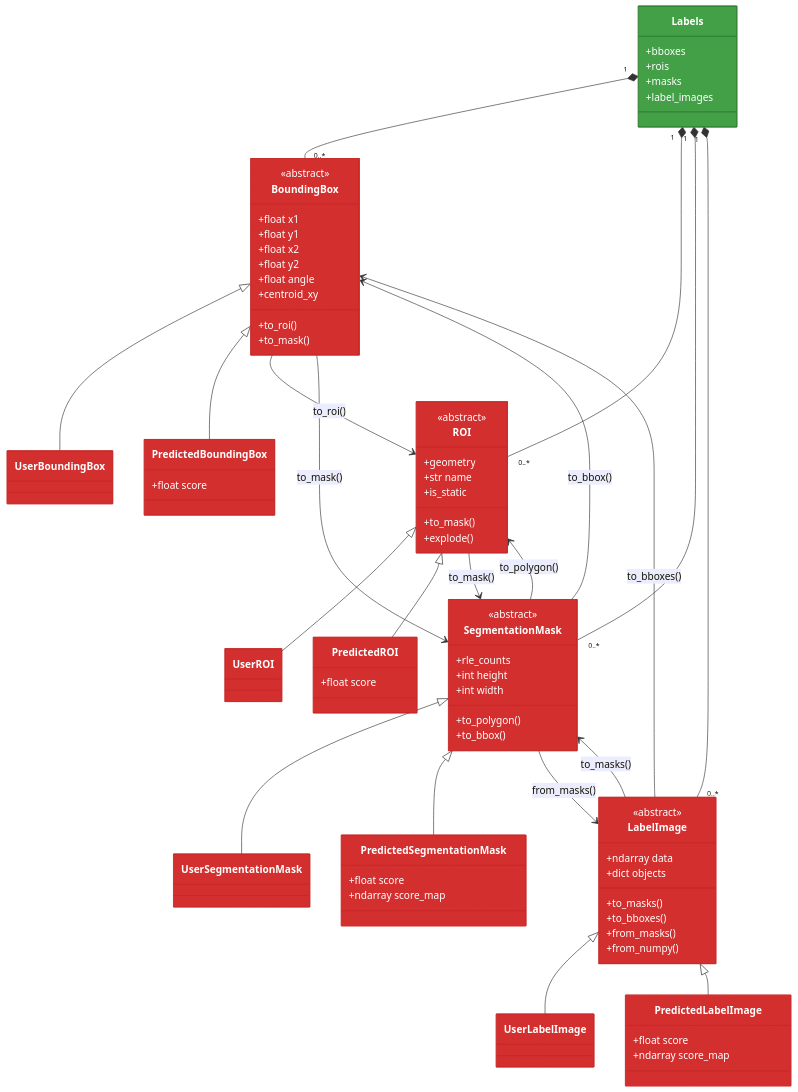
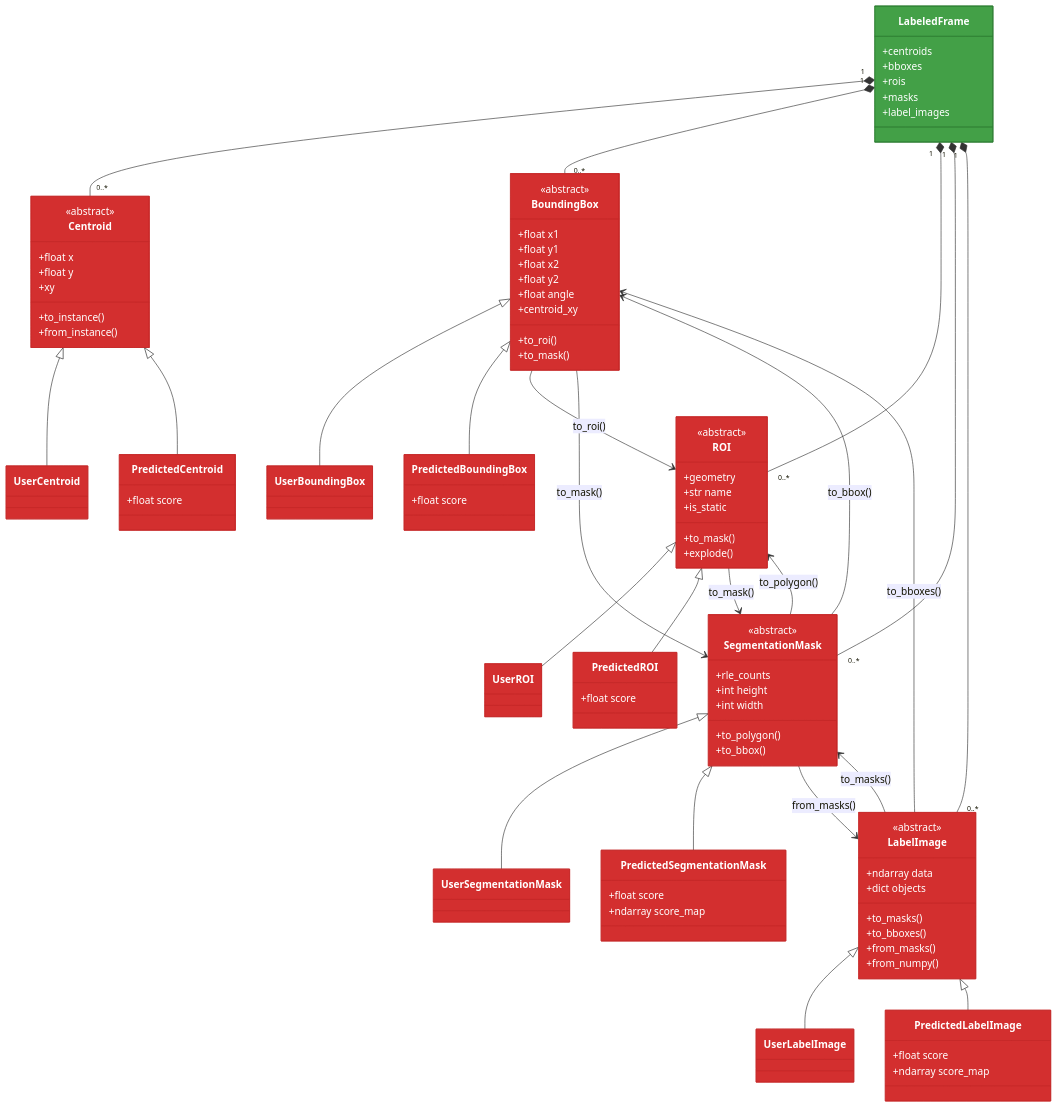
Before and after one commit to talmolab/sleap-io: the diagram in docs/model/regions.md, drawn with Mermaid. The commit also changed other lines of this file and 3 other files, not shown here.

First line of the commit message:
docs: Update documentation for annotation architecture (PRs 401-408)

```diff
--- a/docs/model/regions.md
+++ b/docs/model/regions.md
@@ -908,13 +1070,30 @@
         +ndarray score_map
     }
 
-    class Labels:::labels {
+    class Centroid:::regions {
+        <<abstract>>
+        +float x
+        +float y
+        +xy
+        +to_instance()
+        +from_instance()
+    }
+
+    class UserCentroid:::regions
+    class PredictedCentroid:::regions {
+        +float score
+    }
+
+    class LabeledFrame:::labels {
+        +centroids
         +bboxes
         +rois
         +masks
         +label_images
     }
 
+    Centroid <|-- UserCentroid
+    Centroid <|-- PredictedCentroid
     BoundingBox <|-- UserBoundingBox
     BoundingBox <|-- PredictedBoundingBox
     ROI <|-- UserROI
@@ -931,10 +1110,11 @@
     LabelImage --> SegmentationMask : to_masks()
     LabelImage --> BoundingBox : to_bboxes()
     SegmentationMask --> LabelImage : from_masks()
-    Labels "1" *-- "0..*" BoundingBox
-    Labels "1" *-- "0..*" ROI
-    Labels "1" *-- "0..*" SegmentationMask
-    Labels "1" *-- "0..*" LabelImage
+    LabeledFrame "1" *-- "0..*" Centroid
+    LabeledFrame "1" *-- "0..*" BoundingBox
+    LabeledFrame "1" *-- "0..*" ROI
+    LabeledFrame "1" *-- "0..*" SegmentationMask
+    LabeledFrame "1" *-- "0..*" LabelImage
 
     classDef regions fill:#d32f2f,stroke:#c62828,color:#fff
     classDef labels fill:#43a047,stroke:#2e7d32,color:#fff
```
